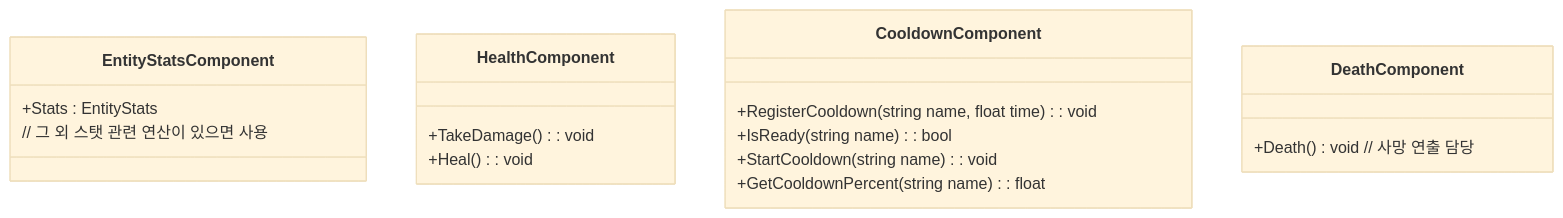
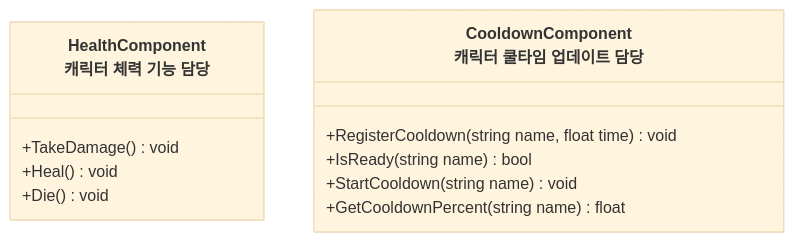
One commit to JIN5EOK/DungeonShooter changed the third of 6 diagrams in Assets/_README/Entity_설계.md. Above: the diagram before and after it, drawn with Mermaid (base theme). The commit also changed other lines of this file, not shown here.

Commit message:
chore: Entity 설계문서 다듬기

`````diff
--- a/Assets/_README/Entity_설계.md
+++ b/Assets/_README/Entity_설계.md
@@ -32,20 +41,14 @@
 ```mermaid
 classDiagram
-    class EntityStatsComponent{
-        +Stats : EntityStats
-        // 그 외 스탯 관련 연산이 있으면 사용
+    class HealthComponent["HealthComponent<br>캐릭터 체력 기능 담당"]{
+        +TakeDamage() void
+        +Heal() void
+        +Die() void
     }
-    class HealthComponent{
-        +TakeDamage() : void
-        +Heal() : void
+    class CooldownComponent["CooldownComponent<br>캐릭터 쿨타임 업데이트 담당"]{
+        +RegisterCooldown(string name, float time) void
+        +IsReady(string name) bool
+        +StartCooldown(string name) void
+        +GetCooldownPercent(string name) float
     }
-    class CooldownComponent{
-        +RegisterCooldown(string name, float time) : void
-        +IsReady(string name) : bool
-        +StartCooldown(string name) : void
-        +GetCooldownPercent(string name) : float
-    }
-    class DeathComponent{
-        +Death() void // 사망 연출 담당
-    }
-````
+```
`````
